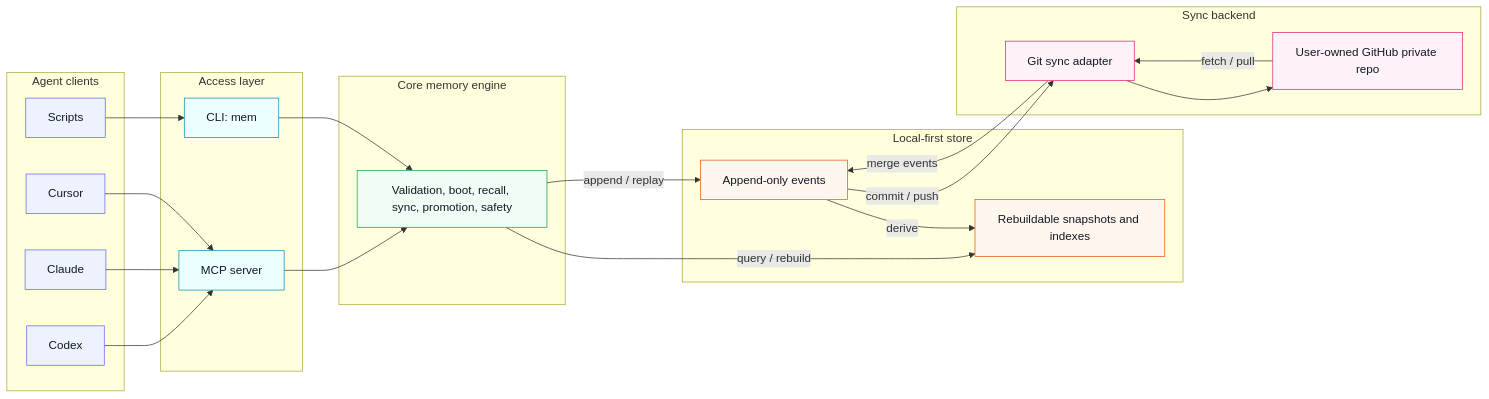
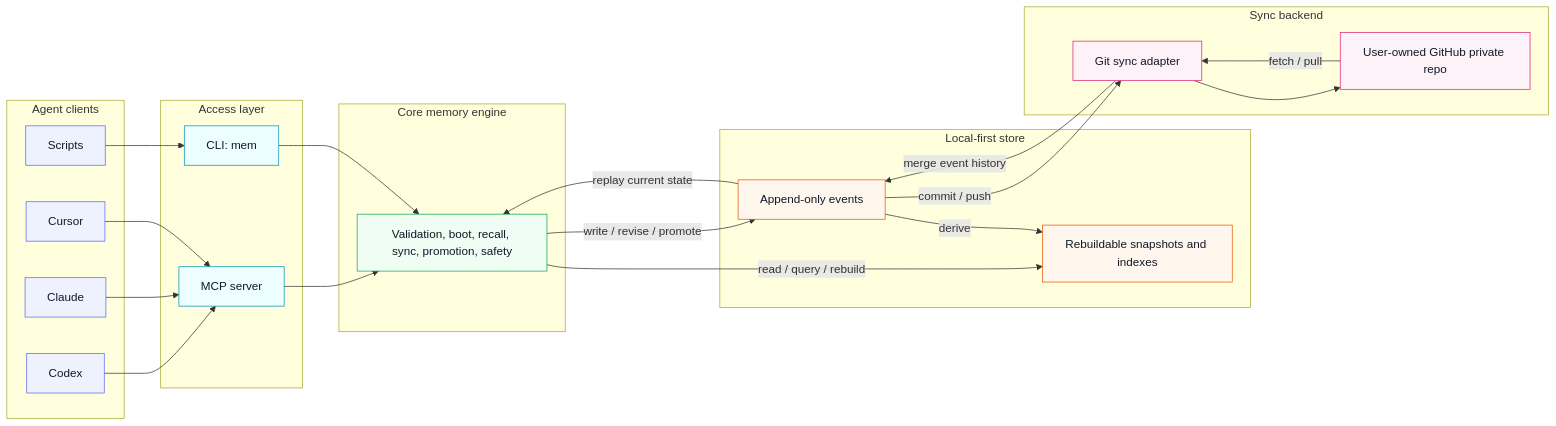
One commit to Richardyu114/Memora changed the diagram in docs/superpowers/specs/2026-05-27-memora-design.md. Above: the diagram before and after it, drawn with Mermaid. The commit also changed other lines of this file, not shown here.

````diff
--- a/docs/superpowers/specs/2026-05-27-memora-design.md
+++ b/docs/superpowers/specs/2026-05-27-memora-design.md
@@ -79,57 +79,58 @@
 ```mermaid
 flowchart LR
   subgraph ClientLayer["Agent clients"]
     A1["Codex"]
     A2["Claude"]
     A3["Cursor"]
     A4["Scripts"]
   end
 
   subgraph AccessLayer["Access layer"]
     MCP["MCP server"]
     CLI["CLI: mem"]
   end
 
   subgraph EngineLayer["Core memory engine"]
     Engine["Validation, boot, recall, sync, promotion, safety"]
   end
 
   subgraph StoreLayer["Local-first store"]
     Events["Append-only events"]
     Derived["Rebuildable snapshots and indexes"]
   end
 
   subgraph SyncLayer["Sync backend"]
     Git["Git sync adapter"]
     GitHub["User-owned GitHub private repo"]
   end
 
   A1 --> MCP
   A2 --> MCP
   A3 --> MCP
   A4 --> CLI
 
   MCP --> Engine
   CLI --> Engine
 
-  Engine -->|"append / replay"| Events
-  Engine -->|"query / rebuild"| Derived
+  Engine -->|"write / revise / promote"| Events
+  Events -->|"replay current state"| Engine
+  Engine -->|"read / query / rebuild"| Derived
   Events -->|"derive"| Derived
 
   Events -->|"commit / push"| Git
   Git --> GitHub
   GitHub -->|"fetch / pull"| Git
-  Git -->|"merge events"| Events
+  Git -->|"merge event history"| Events
 
   classDef clients fill:#eef2ff,stroke:#6366f1,color:#111827
   classDef access fill:#ecfeff,stroke:#0891b2,color:#111827
   classDef engine fill:#f0fdf4,stroke:#16a34a,color:#111827
   classDef store fill:#fff7ed,stroke:#ea580c,color:#111827
   classDef sync fill:#fdf2f8,stroke:#db2777,color:#111827
 
   class A1,A2,A3,A4 clients
   class MCP,CLI access
   class Engine engine
   class Events,Derived store
   class Git,GitHub sync
 ```
````
